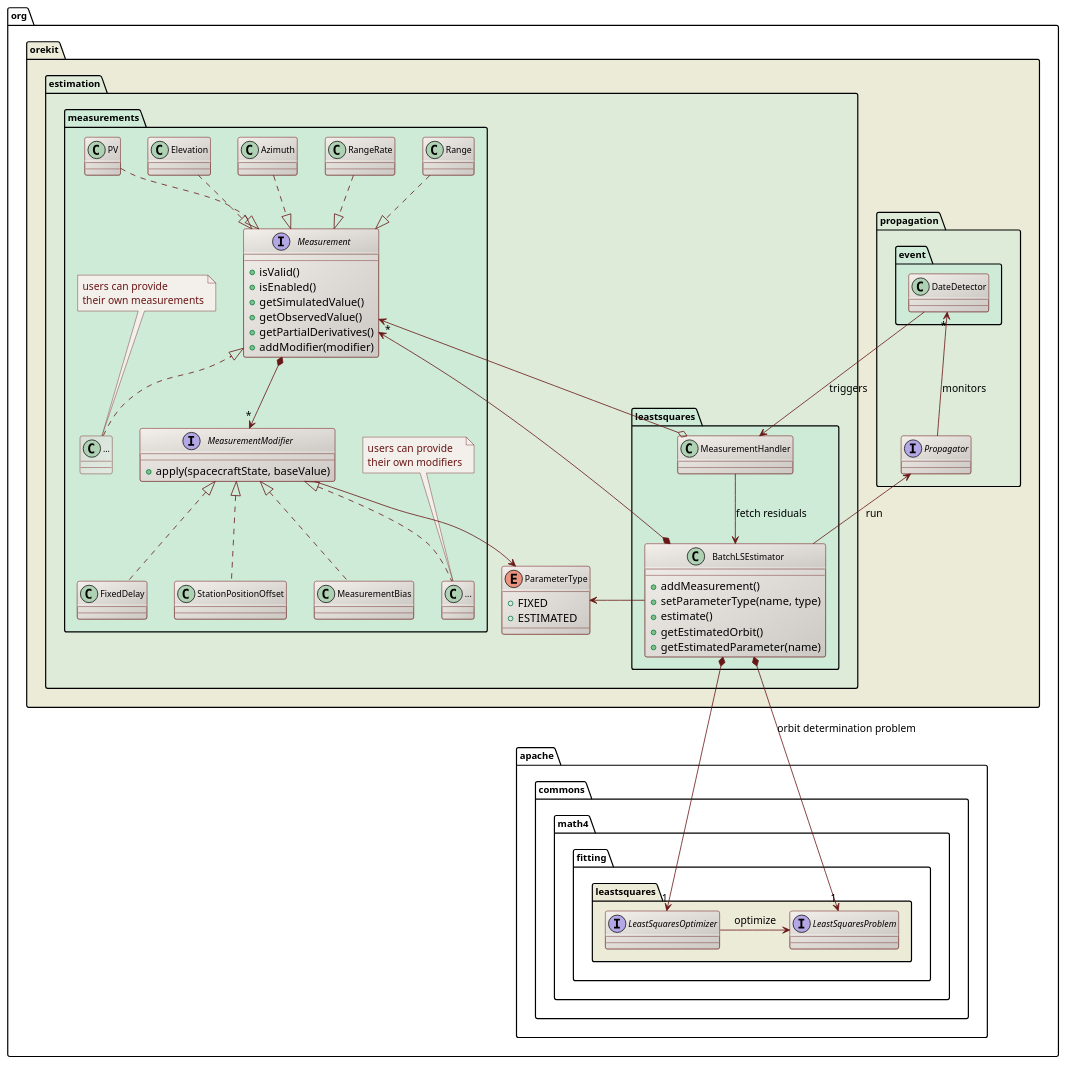
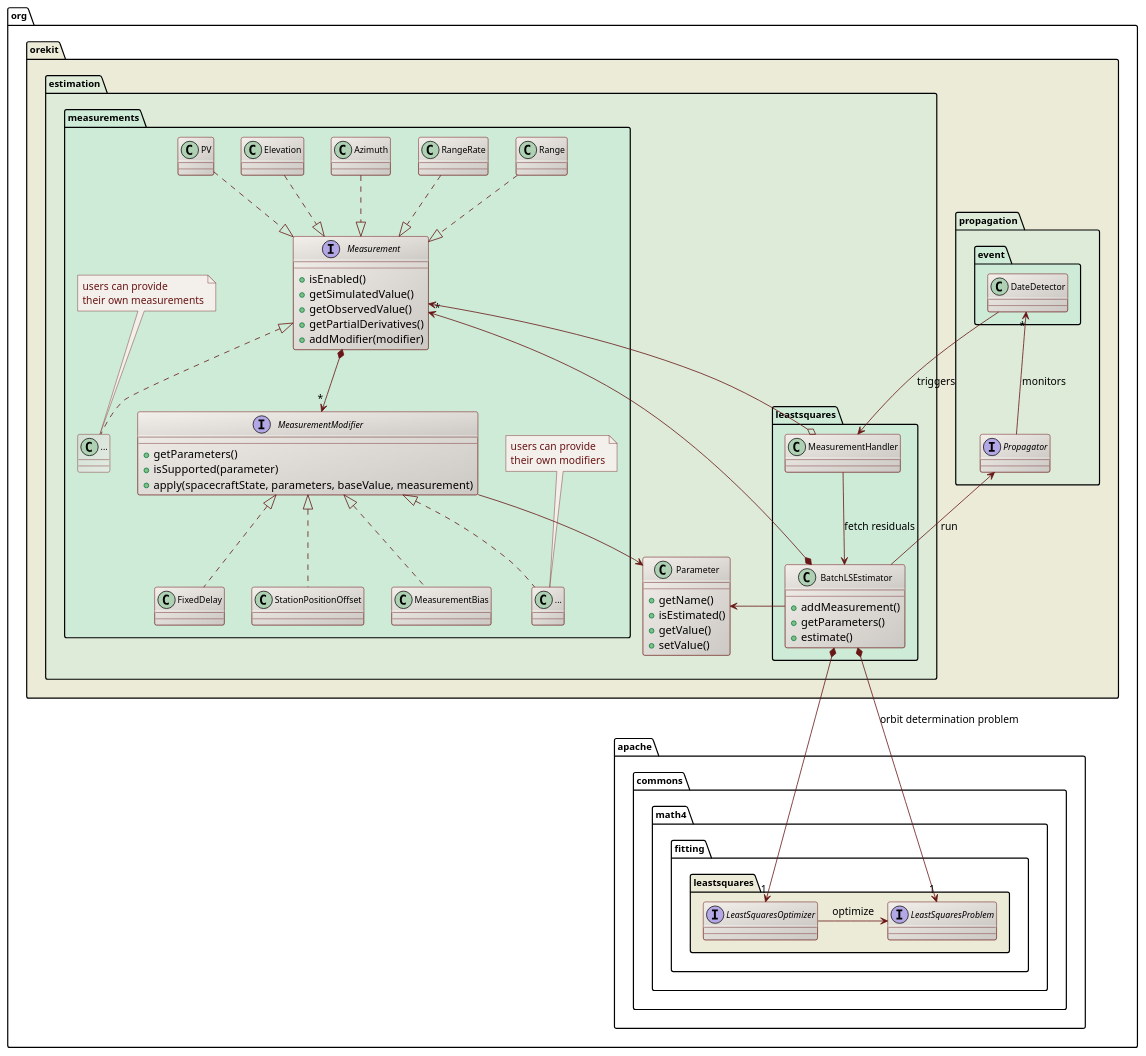
Before and after one commit to CS-SI/Orekit: the diagram in src/design/orbit-determination-class-diagram.puml, drawn with PlantUML. The commit also changed 19 other files, not shown here.

```diff
--- a/src/design/orbit-determination-class-diagram.puml
+++ b/src/design/orbit-determination-class-diagram.puml
@@ -17,112 +17,113 @@
 @startuml
 
   skinparam svek                  true
   skinparam ClassBackgroundColor  #F3EFEB/CCC9C5
   skinparam ClassArrowColor       #691616
   skinparam ClassBorderColor      #691616
   skinparam NoteBackgroundColor   #F3EFEB
   skinparam NoteBorderColor       #691616
   skinparam NoteFontColor         #691616
   skinparam ClassFontSize         11
   skinparam PackageFontSize       12
 
   package org.orekit #ECEBD8 {
 
     package propagation #DDEBD8 {
         package event #CEEBD8 {
             class DateDetector
         }
         interface Propagator
         DateDetector "*" <-- Propagator : monitors
     }
 
     package estimation #DDEBD8 {
 
         package leastsquares #CEEBD8 {
 
             class MeasurementHandler
             class BatchLSEstimator {
               +addMeasurement()
-              +setParameterType(name, type)
+              +getParameters()
               +estimate()
-              +getEstimatedOrbit()
-              +getEstimatedParameter(name)
             }
 
             DateDetector --> MeasurementHandler : triggers
 
             MeasurementHandler --> BatchLSEstimator : fetch residuals
             Propagator <-- BatchLSEstimator : run
 
         }
 
         package measurements #CEEBD8 {
 
             interface Measurement {
-              +isValid()
               +isEnabled()
               +getSimulatedValue()
               +getObservedValue()
               +getPartialDerivatives()
               +addModifier(modifier)
             }
 
             interface MeasurementModifier {
-              +apply(spacecraftState, baseValue)
+              +getParameters()
+              +isSupported(parameter)
+              +apply(spacecraftState, parameters, baseValue, measurement)
             }
 
             class "..." as OtherModifier #D5E0D5/E2EBE2
             note top
               users can provide
               their own modifiers
             end note
             class MeasurementBias
             class FixedDelay
             class StationPositionOffset
             class OtherModifier
 
             Measurement *--> "*" MeasurementModifier
             class "..." as OtherMeasurement #D5E0D5/E2EBE2
             note top
               users can provide
               their own measurements
             end note
             Measurement <|.. OtherMeasurement
             Range      ..|> Measurement
             RangeRate  ..|> Measurement
             Azimuth    ..|> Measurement
             Elevation  ..|> Measurement
             PV         ..|> Measurement
             MeasurementModifier <|.. MeasurementBias
             MeasurementModifier <|.. FixedDelay
             MeasurementModifier <|.. StationPositionOffset
             MeasurementModifier <|.. OtherModifier
 
             BatchLSEstimator *--> "*" Measurement
             Measurement <--o MeasurementHandler
 
         }
 
 
-        enum ParameterType {
-            +FIXED
-            +ESTIMATED
+        class Parameter {
+            +getName()
+            +isEstimated()
+            +getValue()
+            +setValue()
         }
-        MeasurementModifier --> ParameterType
-        ParameterType <-- BatchLSEstimator
+        MeasurementModifier --> Parameter
+        Parameter <-- BatchLSEstimator
 
     }
 
   }
 
   package org.apache.commons.math4.fitting.leastsquares #ECEBD8 {
 
           interface LeastSquaresProblem
           interface LeastSquaresOptimizer
           LeastSquaresOptimizer -right-> LeastSquaresProblem  : optimize
           BatchLSEstimator *--> "1" LeastSquaresProblem : orbit determination problem
           BatchLSEstimator *--> "1" LeastSquaresOptimizer
 
   }
 
 @enduml
```
